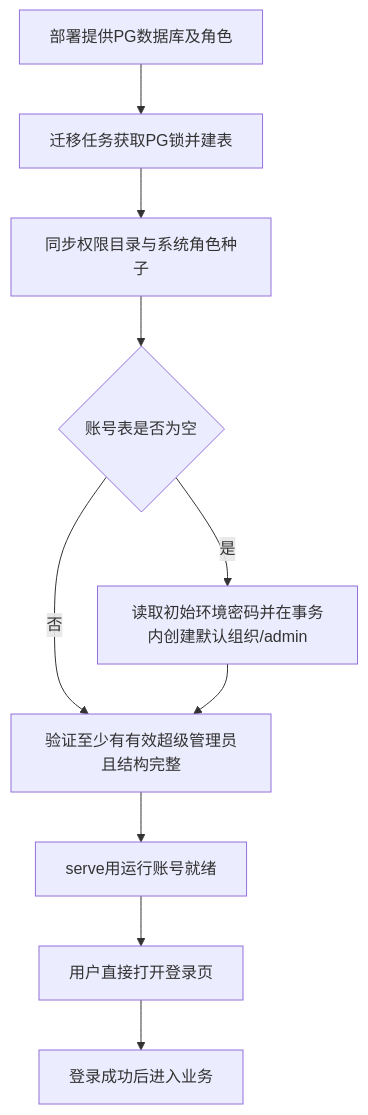
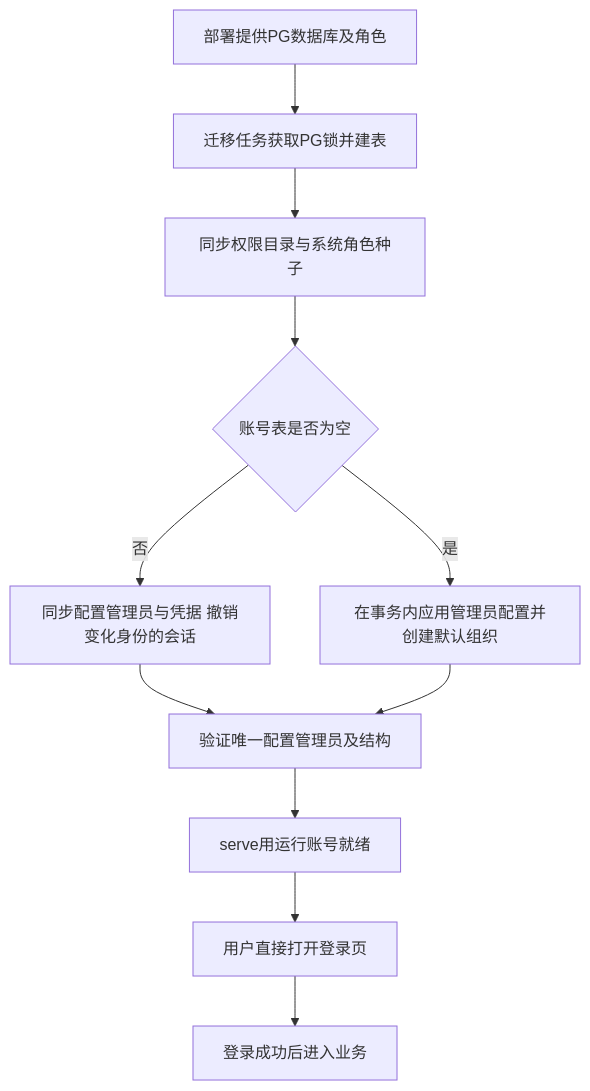
The fifth of 5 diagrams in src/apps/iam/README.md (EayonLee/SecPlexus), drawn with Mermaid before and after one commit. The commit also changed other lines of this file and 163 other files, not shown here.

````diff
--- a/src/apps/iam/README.md
+++ b/src/apps/iam/README.md
@@ -208,12 +207,13 @@
 ```mermaid
 flowchart TD
     D[部署提供PG数据库及角色] --> M[迁移任务获取PG锁并建表]
     M --> C[同步权限目录与系统角色种子]
     C --> E{账号表是否为空}
-    E -->|是| B[读取初始环境密码并在事务内创建默认组织/admin]
-    E -->|否| V[验证至少有有效超级管理员且结构完整]
+    E -->|是| B[在事务内应用管理员配置并创建默认组织]
+    E -->|否| S[同步配置管理员与凭据 撤销变化身份的会话]
+    S --> V[验证唯一配置管理员及结构]
     B --> V
     V --> R[serve用运行账号就绪]
     R --> L[用户直接打开登录页]
     L --> P[登录成功后进入业务]
 ```
````
